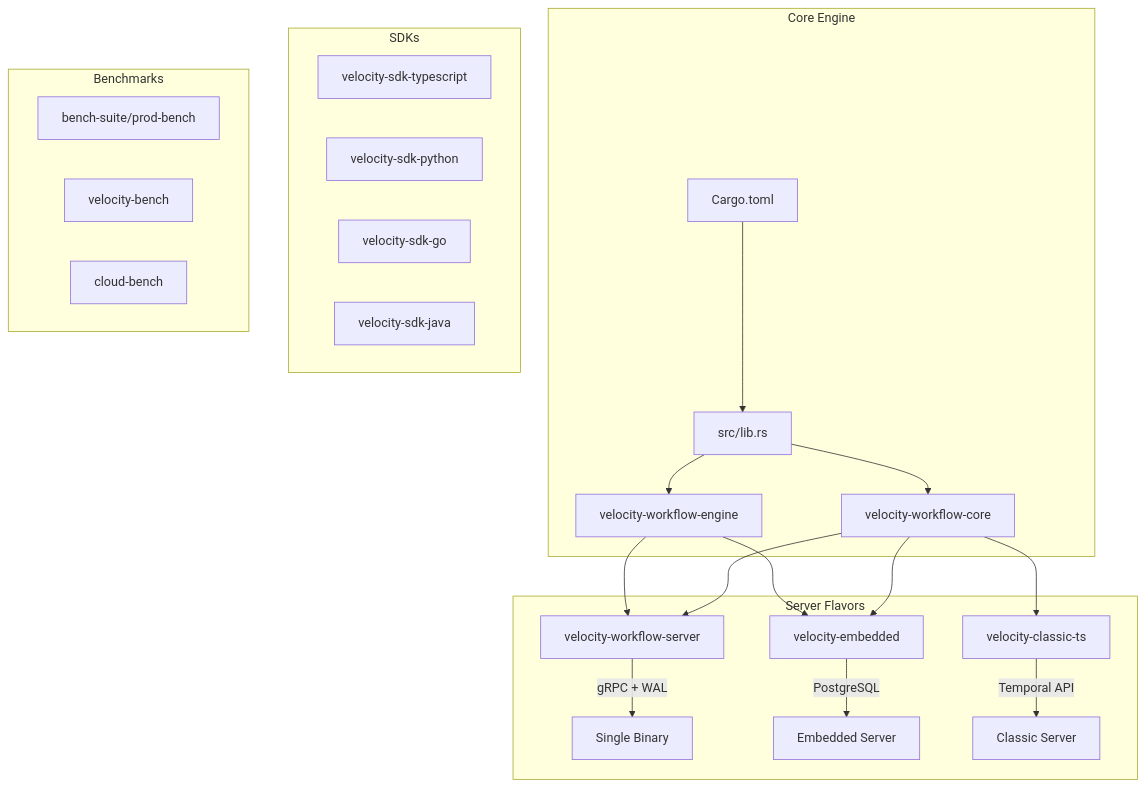
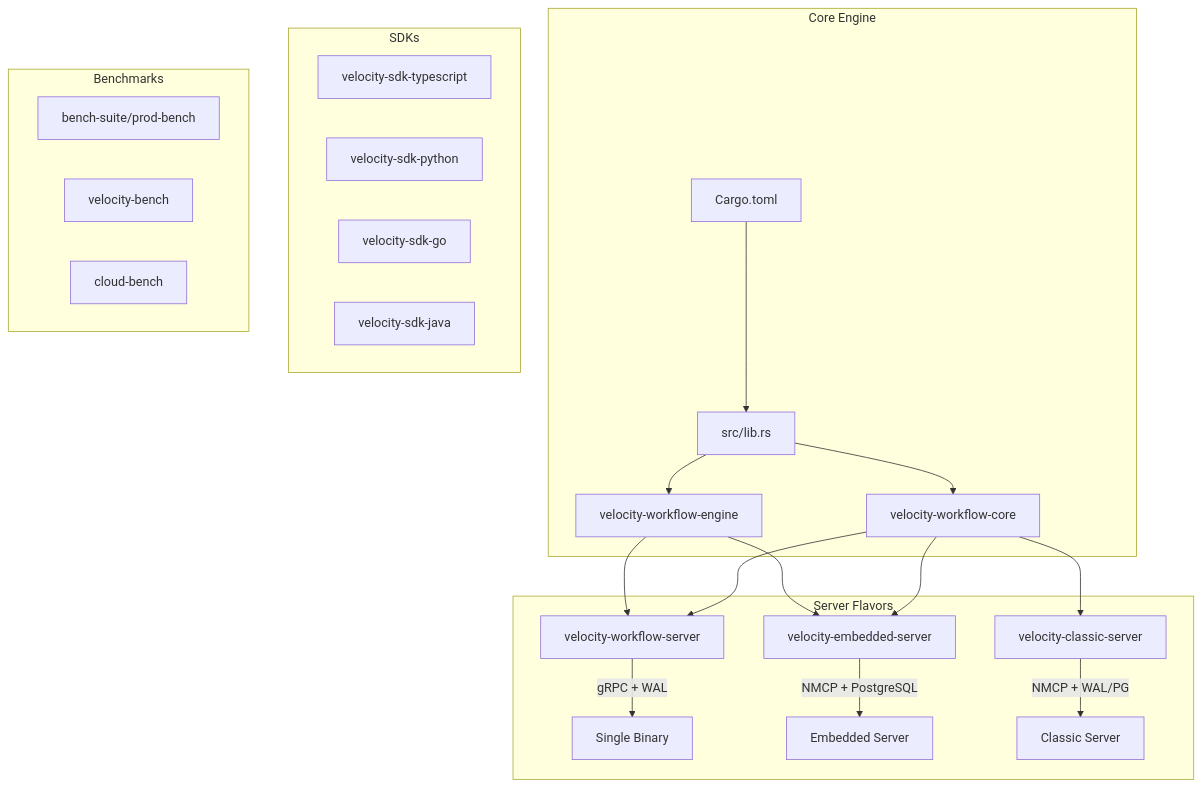
One commit to UnitBuilds-CC/V.E.L.O.C.I.T.Y.-WorkFlow changed the first of 2 diagrams in .qoder/repowiki/en/content/Getting Started.md. Above: the diagram before and after it, drawn with Mermaid. The commit also changed other lines of this file and 18 other files, not shown here.

````diff
--- a/.qoder/repowiki/en/content/Getting Started.md
+++ b/.qoder/repowiki/en/content/Getting Started.md
@@ -63,33 +71,33 @@
 ```mermaid
 graph TB
     subgraph "Core Engine"
         A[Cargo.toml] --> B[src/lib.rs]
         B --> C[velocity-workflow-core]
         B --> D[velocity-workflow-engine]
     end
     
     subgraph "Server Flavors"
         E[velocity-workflow-server] -->|gRPC + WAL| F[Single Binary]
-        G[velocity-embedded] -->|PostgreSQL| H[Embedded Server]
-        I[velocity-classic-ts] -->|Temporal API| J[Classic Server]
+        G[velocity-embedded-server] -->|NMCP + PostgreSQL| H[Embedded Server]
+        I[velocity-classic-server] -->|NMCP + WAL/PG| J[Classic Server]
     end
     
     subgraph "SDKs"
         K[velocity-sdk-typescript]
         L[velocity-sdk-python]
         M[velocity-sdk-go]
         N[velocity-sdk-java]
     end
     
     subgraph "Benchmarks"
         O[bench-suite/prod-bench]
         P[velocity-bench]
         Q[cloud-bench]
     end
     
     C --> E
     C --> G
     C --> I
     D --> E
     D --> G
 ```
````
